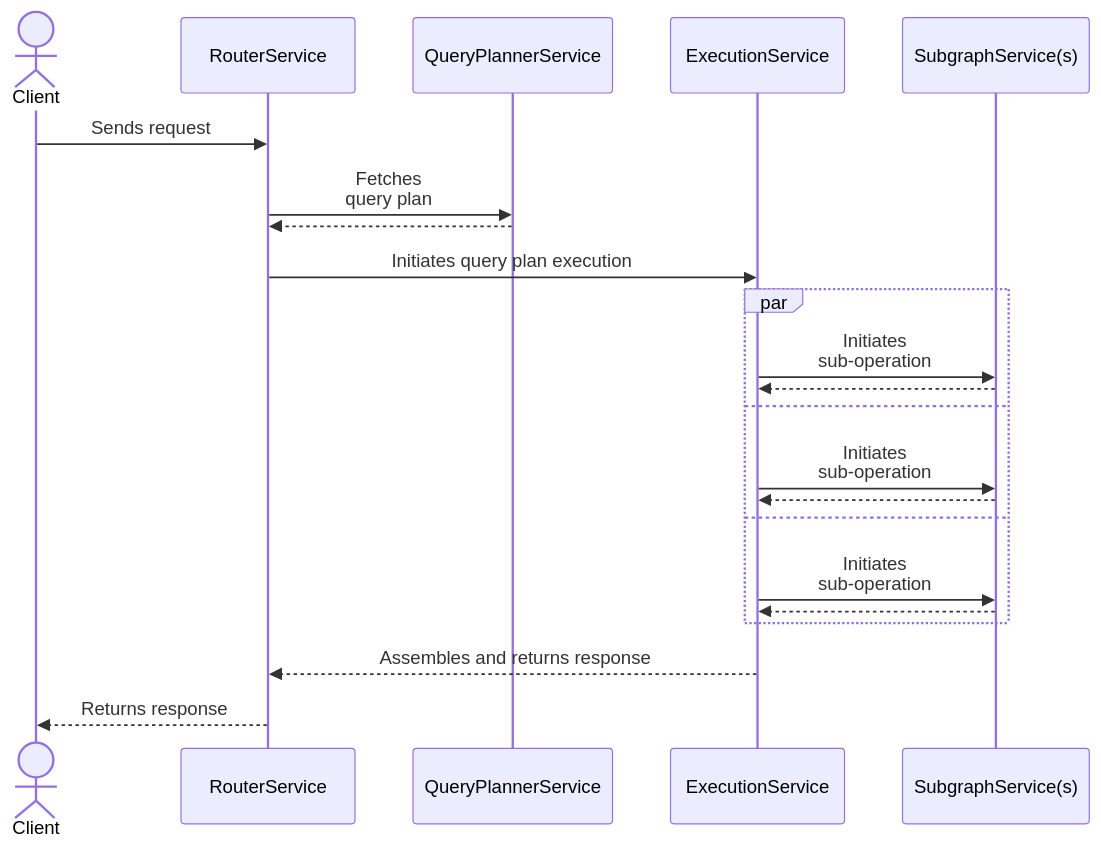
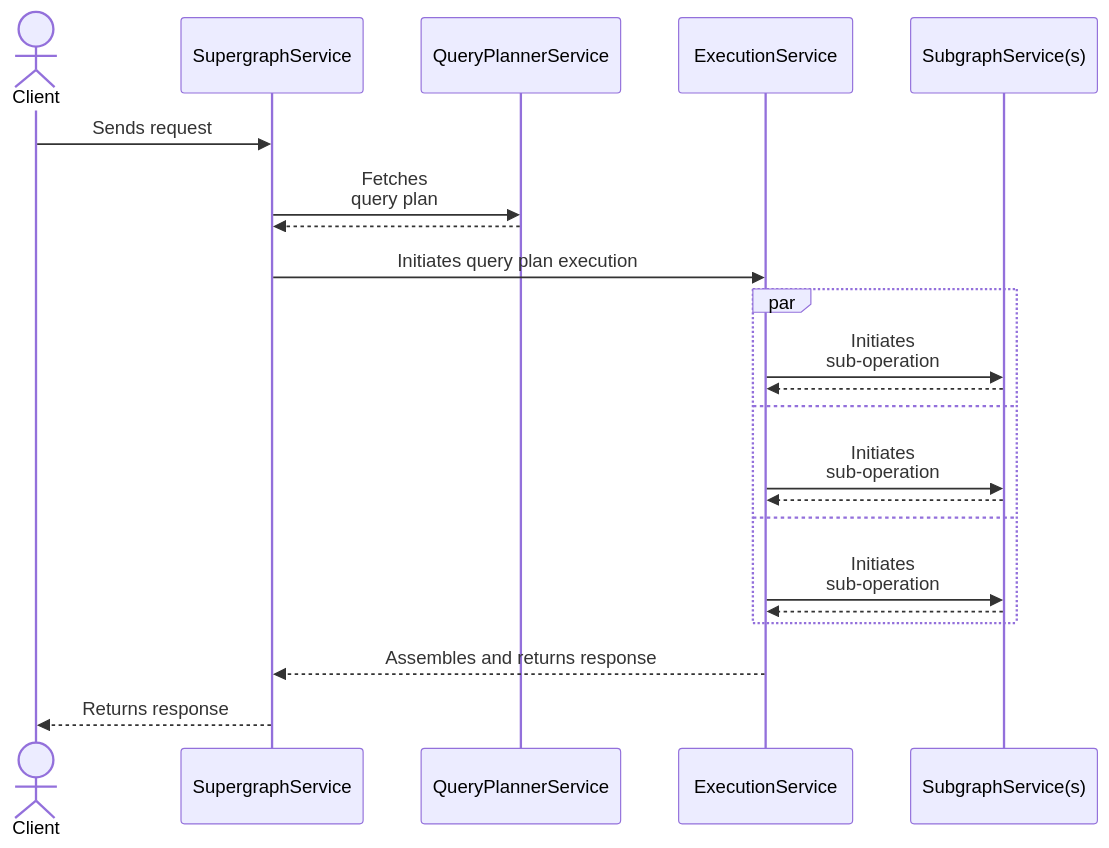
The diagram in docs/source/customizations/overview.mdx (apollographql/router), drawn with Mermaid before and after one commit. The commit also changed other lines of this file and 15 other files, not shown here.

First line of the commit message:
Rename RouterService to SupergraphService in various places

````diff
--- a/docs/source/customizations/overview.mdx
+++ b/docs/source/customizations/overview.mdx
@@ -27,25 +27,25 @@
 ```mermaid
 sequenceDiagram
     actor Client
-    participant RouterService
+    participant SupergraphService
     participant QueryPlannerService
     participant ExecutionService
     participant SubgraphService(s)
 
-    Client->>RouterService: Sends request
-    RouterService->>QueryPlannerService: Fetches<br/>query plan
-    QueryPlannerService-->>RouterService: 
-    RouterService->>ExecutionService: Initiates query plan execution
+    Client->>SupergraphService: Sends request
+    SupergraphService->>QueryPlannerService: Fetches<br/>query plan
+    QueryPlannerService-->>SupergraphService: 
+    SupergraphService->>ExecutionService: Initiates query plan execution
     par
     ExecutionService->>SubgraphService(s): Initiates<br/>sub-operation
     SubgraphService(s)-->>ExecutionService: 
     and
     ExecutionService->>SubgraphService(s): Initiates<br/>sub-operation
     SubgraphService(s)-->>ExecutionService: 
     and
     ExecutionService->>SubgraphService(s): Initiates<br/>sub-operation
     SubgraphService(s)-->>ExecutionService: 
     end
-    ExecutionService-->>RouterService: Assembles and returns response
-    RouterService-->>Client: Returns response
+    ExecutionService-->>SupergraphService: Assembles and returns response
+    SupergraphService-->>Client: Returns response
 ```
````
